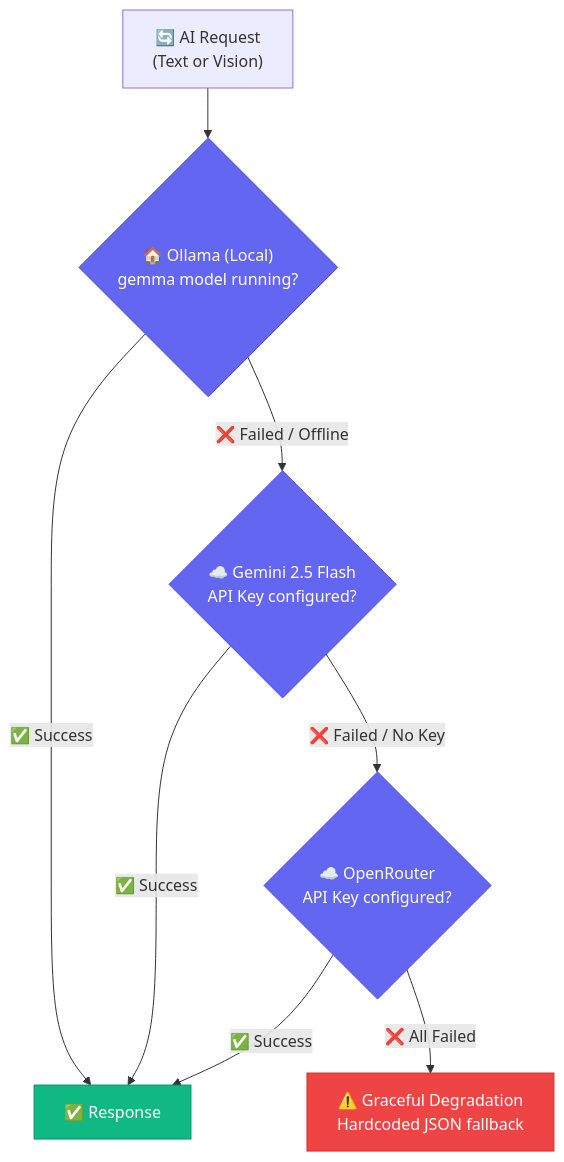
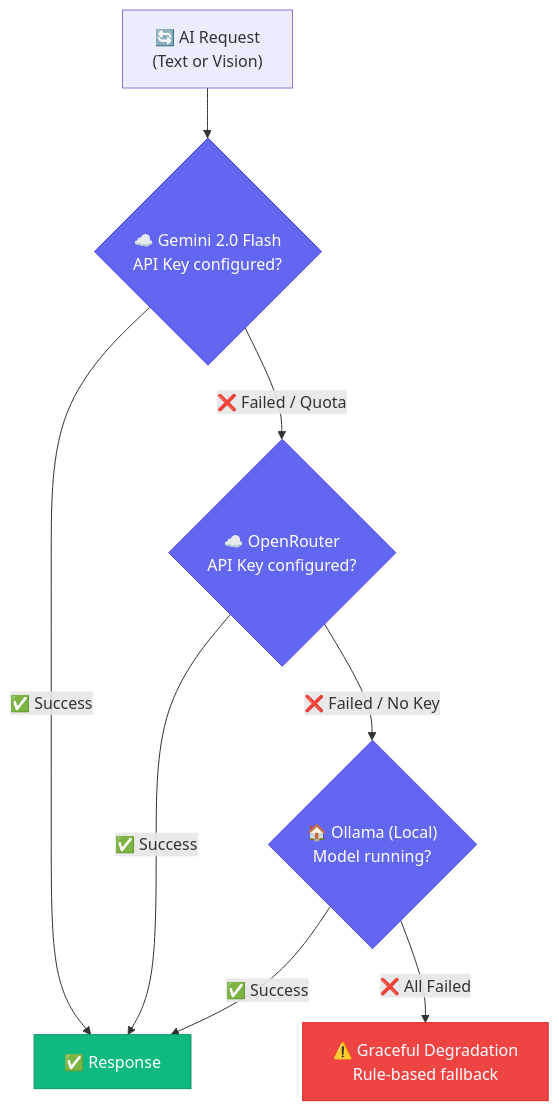
One commit to Arnav1709/natwest-cfp changed the third of 4 diagrams in README.md. Above: the diagram before and after it, drawn with Mermaid. The commit also changed other lines of this file, not shown here.

````diff
--- a/README.md
+++ b/README.md
@@ -642,21 +794,21 @@
 ```mermaid
 graph TD
-    REQ["🔄 AI Request<br/>(Text or Vision)"] --> OLLAMA{"🏠 Ollama (Local)<br/>gemma model running?"}
+    REQ["🔄 AI Request<br/>(Text or Vision)"] --> GEMINI{"☁️ Gemini 2.0 Flash<br/>API Key configured?"}
 
-    OLLAMA -->|"✅ Success"| RES["✅ Response"]
-    OLLAMA -->|"❌ Failed / Offline"| GEMINI{"☁️ Gemini 2.5 Flash<br/>API Key configured?"}
-
-    GEMINI -->|"✅ Success"| RES
-    GEMINI -->|"❌ Failed / No Key"| OPENROUTER{"☁️ OpenRouter<br/>API Key configured?"}
+    GEMINI -->|"✅ Success"| RES["✅ Response"]
+    GEMINI -->|"❌ Failed / Quota"| OPENROUTER{"☁️ OpenRouter<br/>API Key configured?"}
 
     OPENROUTER -->|"✅ Success"| RES
-    OPENROUTER -->|"❌ All Failed"| FAIL["⚠️ Graceful Degradation<br/>Hardcoded JSON fallback"]
+    OPENROUTER -->|"❌ Failed / No Key"| OLLAMA{"🏠 Ollama (Local)<br/>Model running?"}
+
+    OLLAMA -->|"✅ Success"| RES
+    OLLAMA -->|"❌ All Failed"| FAIL["⚠️ Graceful Degradation<br/>Rule-based fallback"]
 
     classDef success fill:#10B981,stroke:#059669,color:#fff
     classDef fail fill:#EF4444,stroke:#DC2626,color:#fff
     classDef provider fill:#6366F1,stroke:#4F46E5,color:#fff
 
     class RES success
     class FAIL fail
     class OLLAMA,GEMINI,OPENROUTER provider
 ```
````
